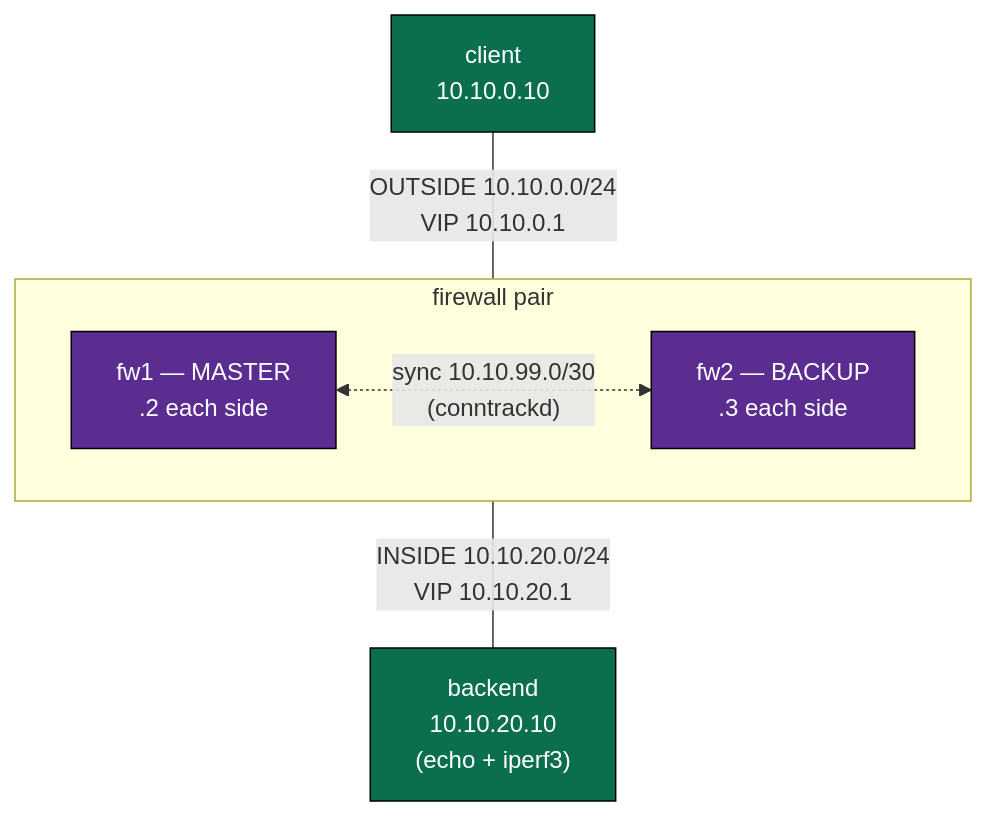
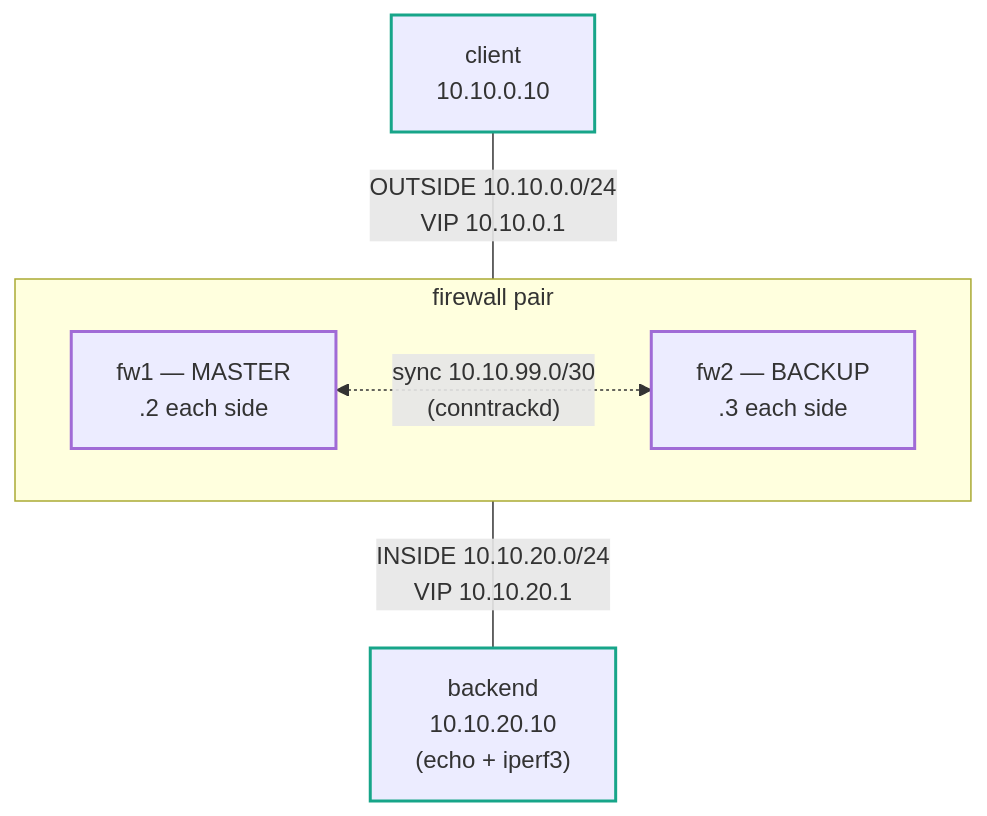
The diagram in labs/service-ha/README.md (jschless/networkingLabs), drawn with Mermaid before and after one commit. The commit also changed 250 other files, not shown here.

Commit message:
Fix unreadable topology diagrams, convert ASCII art, publish assessments (#57)

````diff
--- a/labs/service-ha/README.md
+++ b/labs/service-ha/README.md
@@ -20,18 +20,18 @@
 ```mermaid
 flowchart TB
-    client["client\n10.10.0.10"]
+    client["client<br/>10.10.0.10"]
     subgraph pair [firewall pair]
-      fw1["fw1 — MASTER\n.2 each side"]
-      fw2["fw2 — BACKUP\n.3 each side"]
+      fw1["fw1 — MASTER<br/>.2 each side"]
+      fw2["fw2 — BACKUP<br/>.3 each side"]
     end
-    backend["backend\n10.10.20.10\n(echo + iperf3)"]
+    backend["backend<br/>10.10.20.10<br/>(echo + iperf3)"]
 
-    client --- |"OUTSIDE 10.10.0.0/24\nVIP 10.10.0.1"| pair
-    pair --- |"INSIDE 10.10.20.0/24\nVIP 10.10.20.1"| backend
-    fw1 <-.->|"sync 10.10.99.0/30\n(conntrackd)"| fw2
+    client --- |"OUTSIDE 10.10.0.0/24<br/>VIP 10.10.0.1"| pair
+    pair --- |"INSIDE 10.10.20.0/24<br/>VIP 10.10.20.1"| backend
+    fw1 <-.->|"sync 10.10.99.0/30<br/>(conntrackd)"| fw2
 
-    classDef fw fill:#5c2d91,color:#fff,stroke:#000
-    classDef host fill:#0b6e4f,color:#fff,stroke:#000
+    classDef fw stroke:#a06bd6,stroke-width:2px
+    classDef host stroke:#17a589,stroke-width:2px
     class fw1,fw2 fw
     class client,backend host
 ```
````
